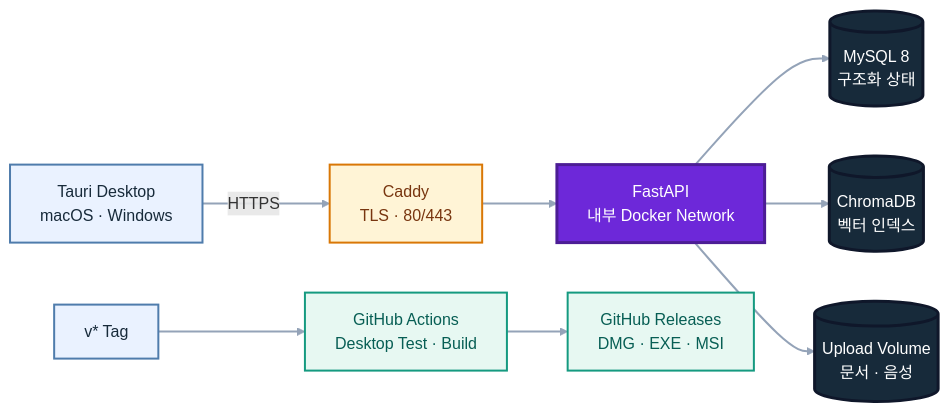
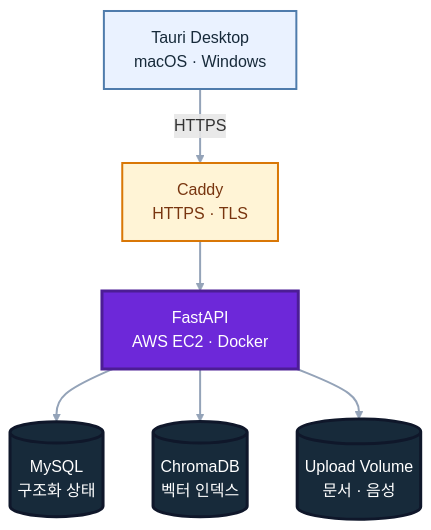
One commit to SKNETWORKS-FAMILY-AICAMP/SKN30-4th-1Team changed the fifth of 5 diagrams in README.md. Above: the diagram before and after it, drawn with Mermaid. The commit also changed other lines of this file, not shown here.

Commit message:
docs: simplify README diagrams for readability

````diff
--- a/README.md
+++ b/README.md
@@ -484,24 +407,26 @@
 ```mermaid
-flowchart LR
-    DESKTOP["Tauri Desktop<br/>macOS · Windows"] -->|"HTTPS"| CADDY["Caddy<br/>TLS · 80/443"]
-    CADDY --> API["FastAPI<br/>내부 Docker Network"]
-    API --> MYSQL[("MySQL 8<br/>구조화 상태")]
-    API --> CHROMA[("ChromaDB<br/>벡터 인덱스")]
-    API --> UPLOAD[("Upload Volume<br/>문서 · 음성")]
+flowchart TB
+    DESKTOP["Tauri Desktop<br/>macOS · Windows"]
+    CADDY["Caddy<br/>HTTPS · TLS"]
+    API["FastAPI<br/>AWS EC2 · Docker"]
+    MYSQL[("MySQL<br/>구조화 상태")]
+    CHROMA[("ChromaDB<br/>벡터 인덱스")]
+    UPLOAD[("Upload Volume<br/>문서 · 음성")]
 
-    TAG["v* Tag"] --> ACTIONS["GitHub Actions<br/>Desktop Test · Build"]
-    ACTIONS --> RELEASE["GitHub Releases<br/>DMG · EXE · MSI"]
+    DESKTOP -->|"HTTPS"| CADDY
+    CADDY --> API
+    API --> MYSQL
+    API --> CHROMA
+    API --> UPLOAD
 
     classDef client fill:#EAF2FF,stroke:#4F7CAC,color:#172A3A,stroke-width:2px
     classDef edge fill:#FFF4D6,stroke:#D97706,color:#78350F,stroke-width:2px
     classDef service fill:#6D28D9,stroke:#4C1D95,color:#FFFFFF,stroke-width:3px
     classDef datastore fill:#172A3A,stroke:#0F172A,color:#FFFFFF,stroke-width:3px
-    classDef release fill:#E7F8F2,stroke:#159A80,color:#075E54,stroke-width:2px
 
-    class DESKTOP,TAG client
+    class DESKTOP client
     class CADDY edge
     class API service
     class MYSQL,CHROMA,UPLOAD datastore
-    class ACTIONS,RELEASE release
     linkStyle default stroke:#94A3B8,stroke-width:2px
 ```
````
